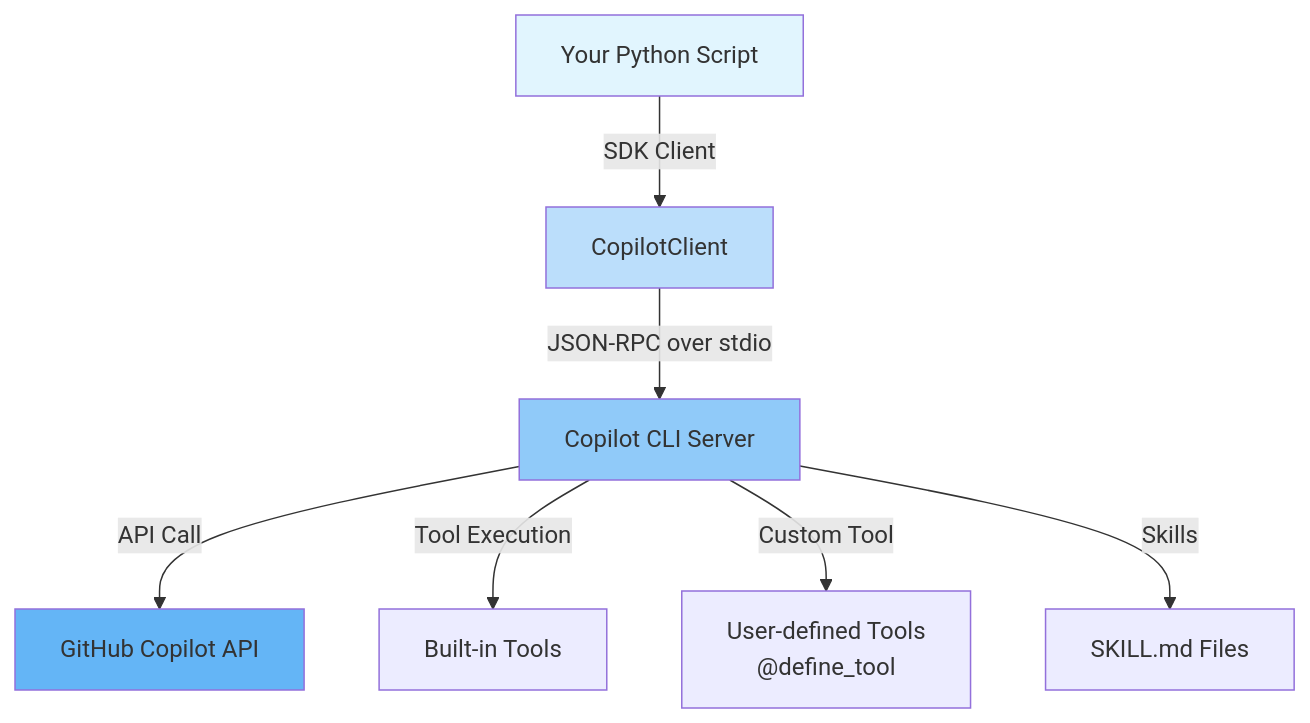
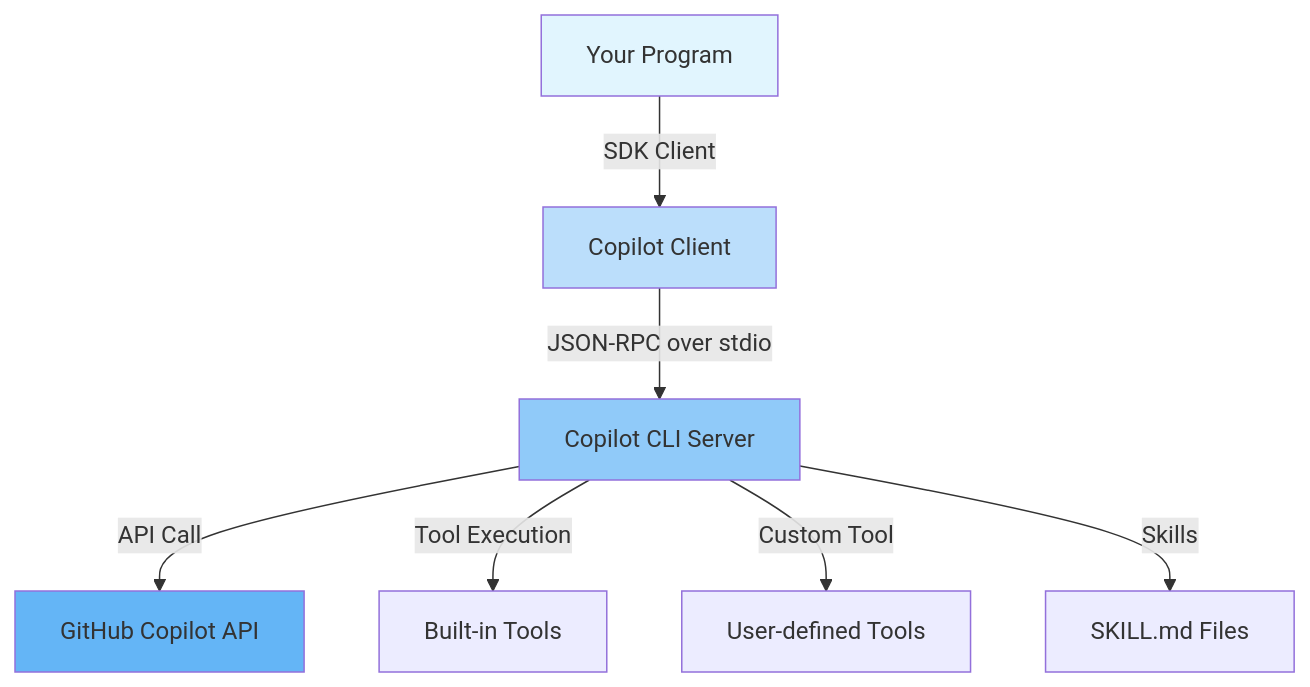
Before and after one commit to ks6088ts/template-github-copilot: the diagram in docs/copilot_sdk_tutorial/index.ja.md, drawn with Mermaid. The commit also changed other lines of this file and 40 other files, not shown here.

First line of the commit message:
Refactor Copilot SDK tutorial documentation and Go implementation

````diff
--- a/docs/copilot_sdk_tutorial/index.ja.md
+++ b/docs/copilot_sdk_tutorial/index.ja.md
@@ -11,14 +13,14 @@
 ```mermaid
 graph TD
-    A[Your Python Script] -->|SDK Client| B[CopilotClient]
+    A[Your Program] -->|SDK Client| B[Copilot Client]
     B -->|JSON-RPC over stdio| C[Copilot CLI Server]
     C -->|API Call| D[GitHub Copilot API]
     C -->|Tool Execution| E[Built-in Tools]
-    C -->|Custom Tool| F[User-defined Tools<br/>@define_tool]
+    C -->|Custom Tool| F[User-defined Tools]
     C -->|Skills| G[SKILL.md Files]
 
     style A fill:#e1f5fe
     style B fill:#bbdefb
     style C fill:#90caf9
     style D fill:#64b5f6
 ```
````
